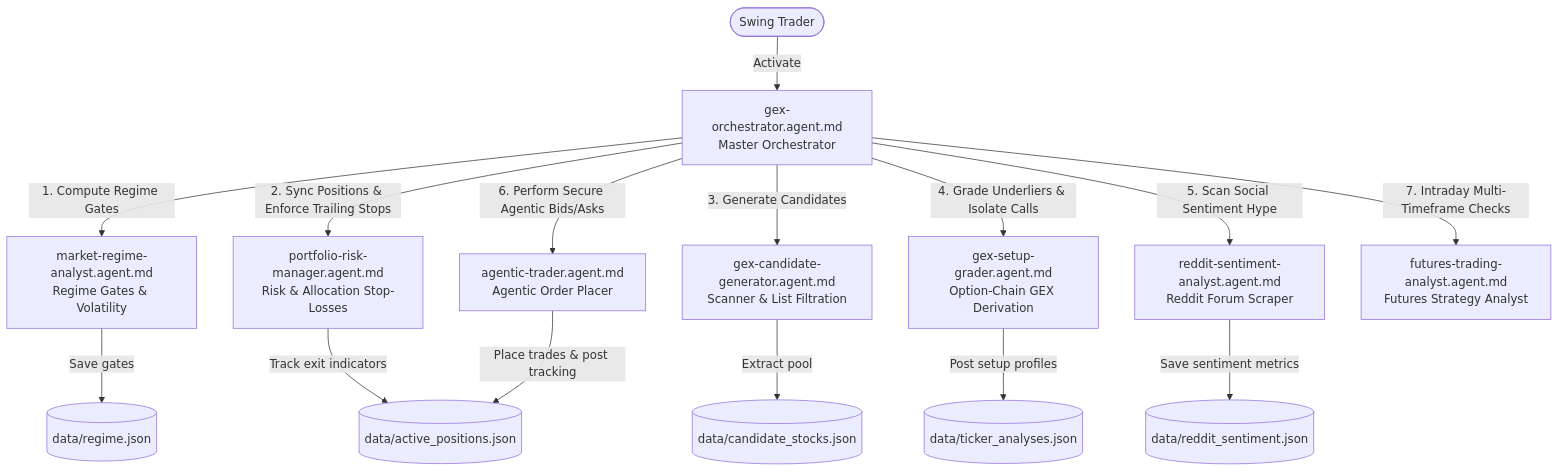
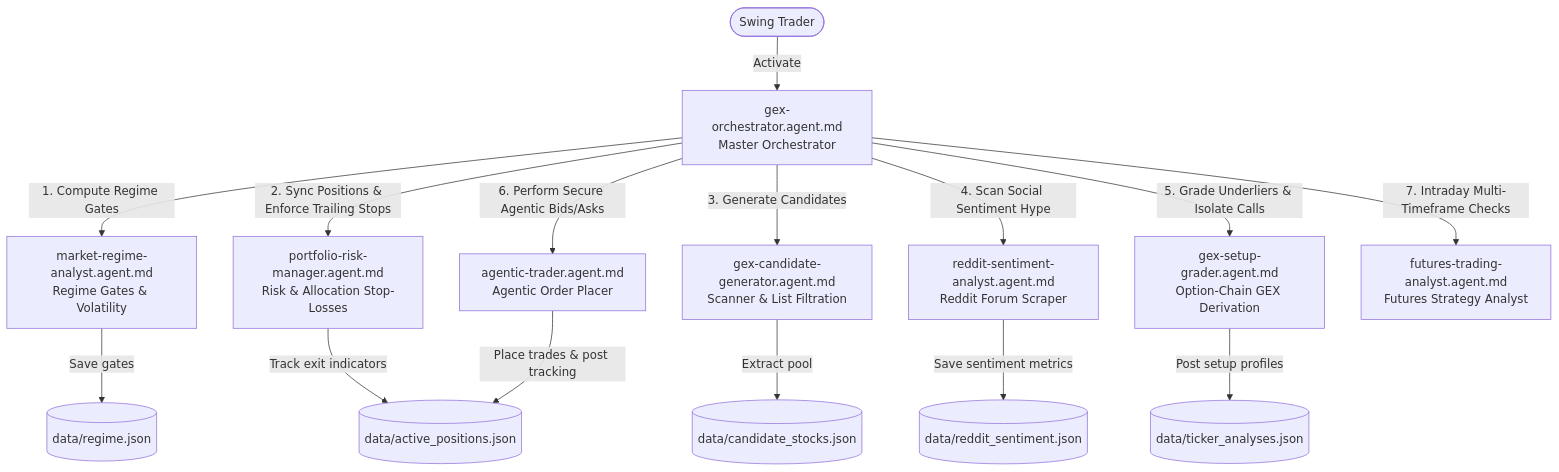
Before and after one commit to Aymeric/wip: the second of 4 diagrams in README.md, drawn with Mermaid. The commit also changed other lines of this file and 22 other files, not shown here.

````diff
--- a/README.md
+++ b/README.md
@@ -70,19 +70,19 @@
 ```mermaid
 graph TD
     User([Swing Trader]) -->|Activate| Orchestrator[gex-orchestrator.agent.md<br/>Master Orchestrator]
     
     Orchestrator -->|1. Compute Regime Gates| Analyst[market-regime-analyst.agent.md<br/>Regime Gates & Volatility]
     Orchestrator -->|2. Sync Positions & Enforce Trailing Stops| Risk[portfolio-risk-manager.agent.md<br/>Risk & Allocation Stop-Losses]
     Orchestrator -->|3. Generate Candidates| Generator[gex-candidate-generator.agent.md<br/>Scanner & List Filtration]
-    Orchestrator -->|4. Grade Underliers & Isolate Calls| Grader[gex-setup-grader.agent.md<br/>Option-Chain GEX Derivation]
-    Orchestrator -->|5. Scan Social Sentiment Hype| Reddit[reddit-sentiment-analyst.agent.md<br/>Reddit Forum Scraper]
+    Orchestrator -->|4. Scan Social Sentiment Hype| Reddit[reddit-sentiment-analyst.agent.md<br/>Reddit Forum Scraper]
+    Orchestrator -->|5. Grade Underliers & Isolate Calls| Grader[gex-setup-grader.agent.md<br/>Option-Chain GEX Derivation]
     Orchestrator -->|6. Perform Secure Agentic Bids/Asks| Trader[agentic-trader.agent.md<br/>Agentic Order Placer]
     Orchestrator -->|7. Intraday Multi-Timeframe Checks| Futures[futures-trading-analyst.agent.md<br/>Futures Strategy Analyst]
     
     Analyst -->|Save gates| RegimeDB[(data/regime.json)]
     Generator -->|Extract pool| CandidatesDB[(data/candidate_stocks.json)]
     Grader -->|Post setup profiles| AnalysesDB[(data/ticker_analyses.json)]
     Risk -->|Track exit indicators| PositionsDB[(data/active_positions.json)]
     Reddit -->|Save sentiment metrics| SentimentDB[(data/reddit_sentiment.json)]
     Trader -->|Place trades & post tracking| PositionsDB
 ```
````
